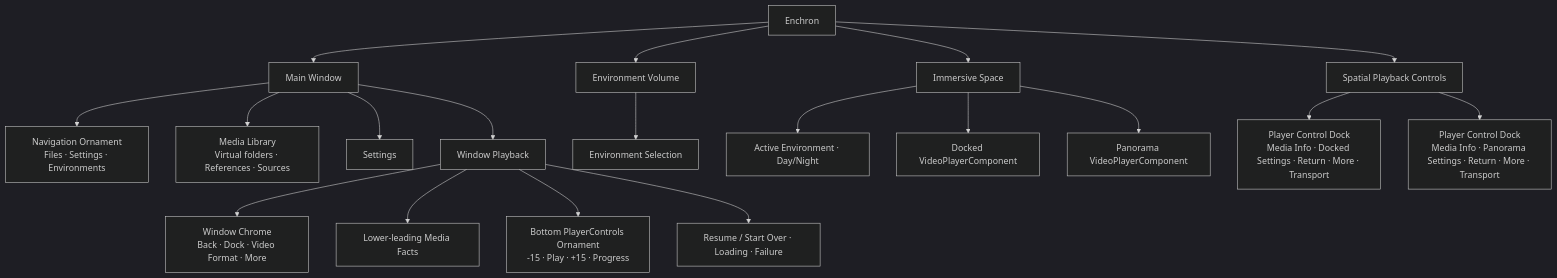
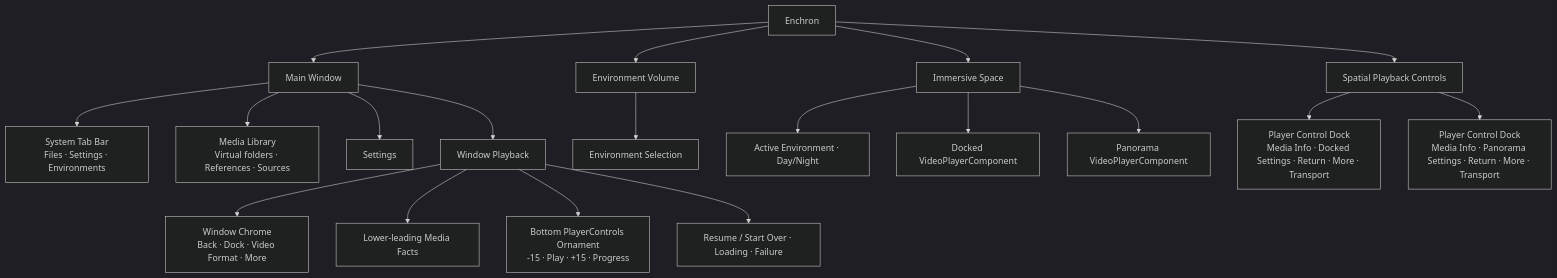
The first of 2 diagrams in docs/ui/README.md (1873663116/Enchron), drawn with Mermaid (dark theme) before and after one commit. The commit also changed other lines of this file and 16 other files, not shown here.

First line of the commit message:
Replace private nav ornament with system TabView and share connection form.

````diff
--- a/docs/ui/README.md
+++ b/docs/ui/README.md
@@ -5,24 +5,24 @@
 ```mermaid
 flowchart TD
     App["Enchron"] --> Main["Main Window"]
     App --> Volume["Environment Volume"]
     App --> Space["Immersive Space"]
     App --> Controls["Spatial Playback Controls"]
 
-    Main --> Nav["Navigation Ornament\nFiles · Settings · Environments"]
+    Main --> Nav["System Tab Bar\nFiles · Settings · Environments"]
     Main --> Files["Media Library\nVirtual folders · References · Sources"]
     Main --> Settings["Settings"]
     Main --> WindowPlayback["Window Playback"]
 
     WindowPlayback --> Top["Window Chrome\nBack · Dock · Video Format · More"]
     WindowPlayback --> Facts["Lower-leading Media Facts"]
     WindowPlayback --> Deck["Bottom PlayerControls Ornament\n-15 · Play · +15 · Progress"]
     WindowPlayback --> Overlay["Resume / Start Over · Loading · Failure"]
 
     Volume --> Carousel["Environment Selection"]
     Space --> Environment["Active Environment · Day/Night"]
     Space --> Docked["Docked VideoPlayerComponent"]
     Space --> Panorama["Panorama VideoPlayerComponent"]
     Controls --> DockedDeck["Player Control Dock\nMedia Info · Docked Settings · Return · More · Transport"]
     Controls --> PanoramaDeck["Player Control Dock\nMedia Info · Panorama Settings · Return · More · Transport"]
 ```
````
